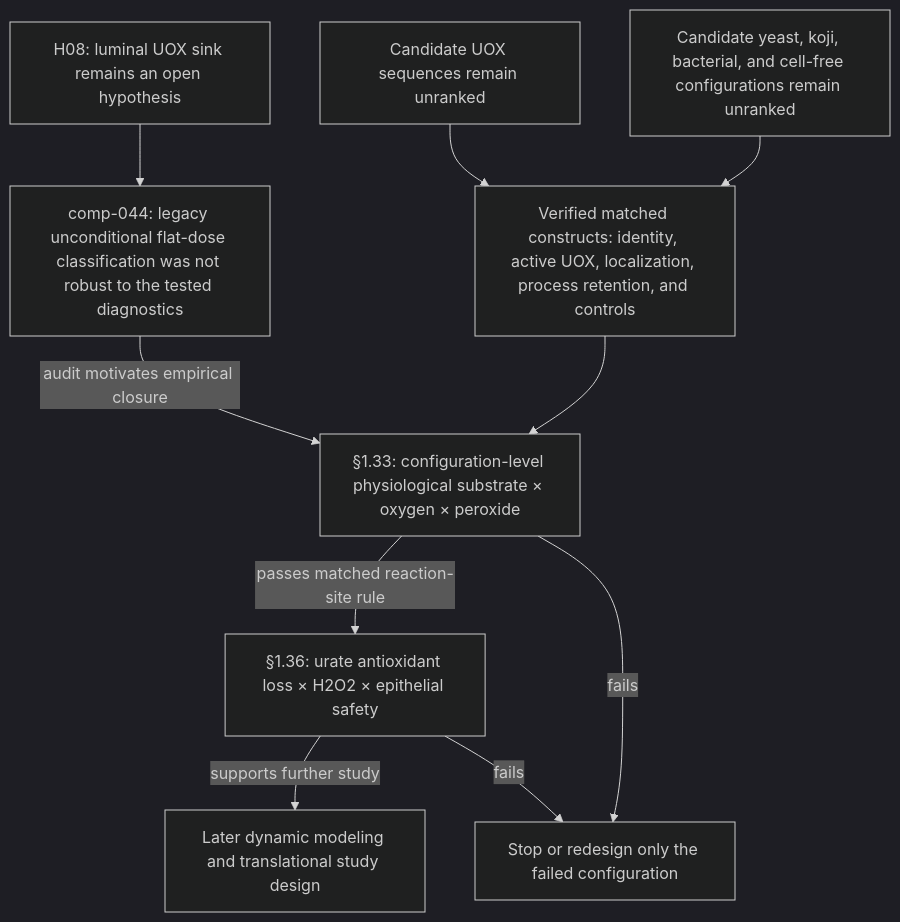
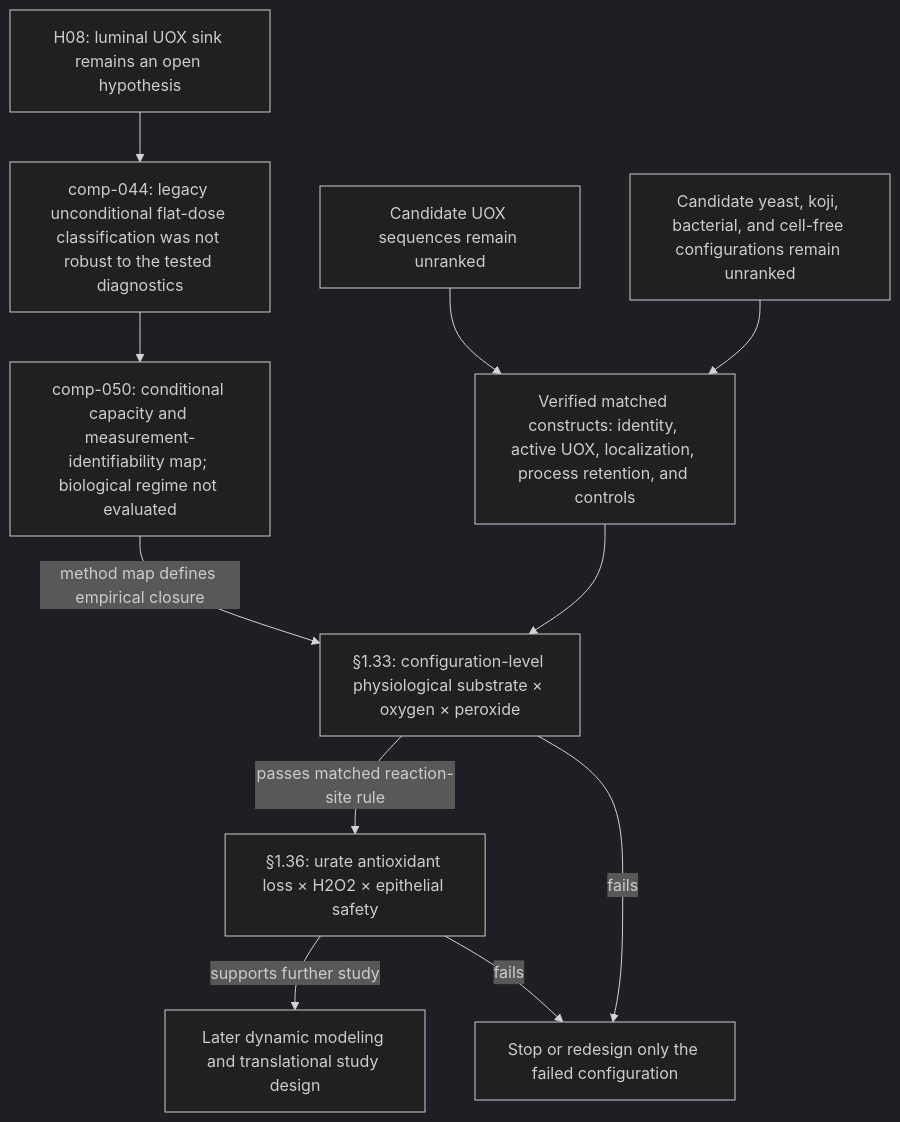
One commit to brianpabent/open-enzyme changed the second of 2 diagrams in wiki/etc/GRAPH.md. Above: the diagram before and after it, drawn with Mermaid (dark theme). The commit also changed other lines of this file and 25 other files, not shown here.

Commit message:
comp-050: map luminal UOX measurement identifiability

````diff
--- a/wiki/etc/GRAPH.md
+++ b/wiki/etc/GRAPH.md
@@ -32,22 +32,24 @@
 ```mermaid
 flowchart TD
     H08["H08: luminal UOX sink remains an open hypothesis"]
     C44["comp-044: legacy unconditional flat-dose classification was not robust to the tested diagnostics"]
+    C50["comp-050: conditional capacity and measurement-identifiability map; biological regime not evaluated"]
     V["Candidate UOX sequences remain unranked"]
     CH["Candidate yeast, koji, bacterial, and cell-free configurations remain unranked"]
     B["Verified matched constructs: identity, active UOX, localization, process retention, and controls"]
     G133["§1.33: configuration-level physiological substrate × oxygen × peroxide"]
     G136["§1.36: urate antioxidant loss × H2O2 × epithelial safety"]
     NEXT["Later dynamic modeling and translational study design"]
     REDIRECT["Stop or redesign only the failed configuration"]
 
     H08 --> C44
-    C44 -->|"audit motivates empirical closure"| G133
+    C44 --> C50
+    C50 -->|"method map defines empirical closure"| G133
     V --> B
     CH --> B
     B --> G133
     G133 -->|"passes matched reaction-site rule"| G136
     G133 -->|"fails"| REDIRECT
     G136 -->|"supports further study"| NEXT
     G136 -->|"fails"| REDIRECT
 ```
````
